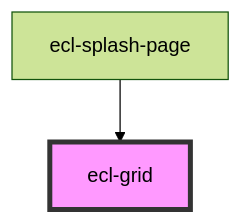
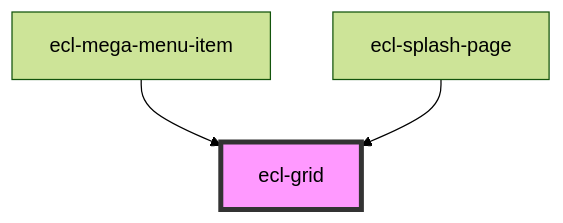
Before and after one commit to ec-europa/ecl-webcomponents: the diagram in src/components/ecl-grid/readme.md, drawn with Mermaid (forest theme). The commit also changed other lines of this file and 29 other files, not shown here.

Commit message:
feat(alpha.22): Adding mega menu - FRONT-5182

````diff
--- a/src/components/ecl-grid/readme.md
+++ b/src/components/ecl-grid/readme.md
@@ -27,5 +28,6 @@
 ```mermaid
 graph TD;
+  ecl-mega-menu-item --> ecl-grid
   ecl-splash-page --> ecl-grid
   style ecl-grid fill:#f9f,stroke:#333,stroke-width:4px
 ```
````
